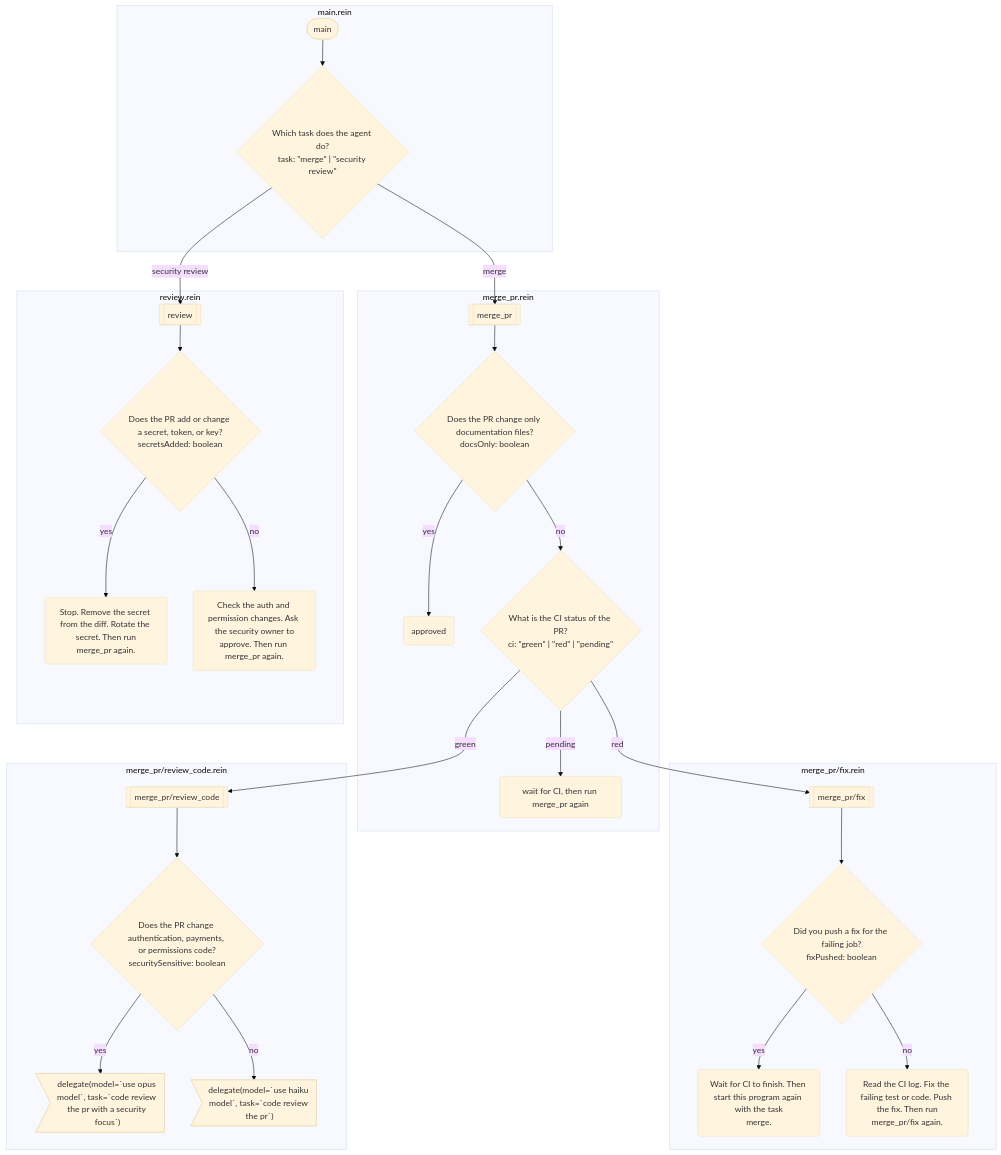
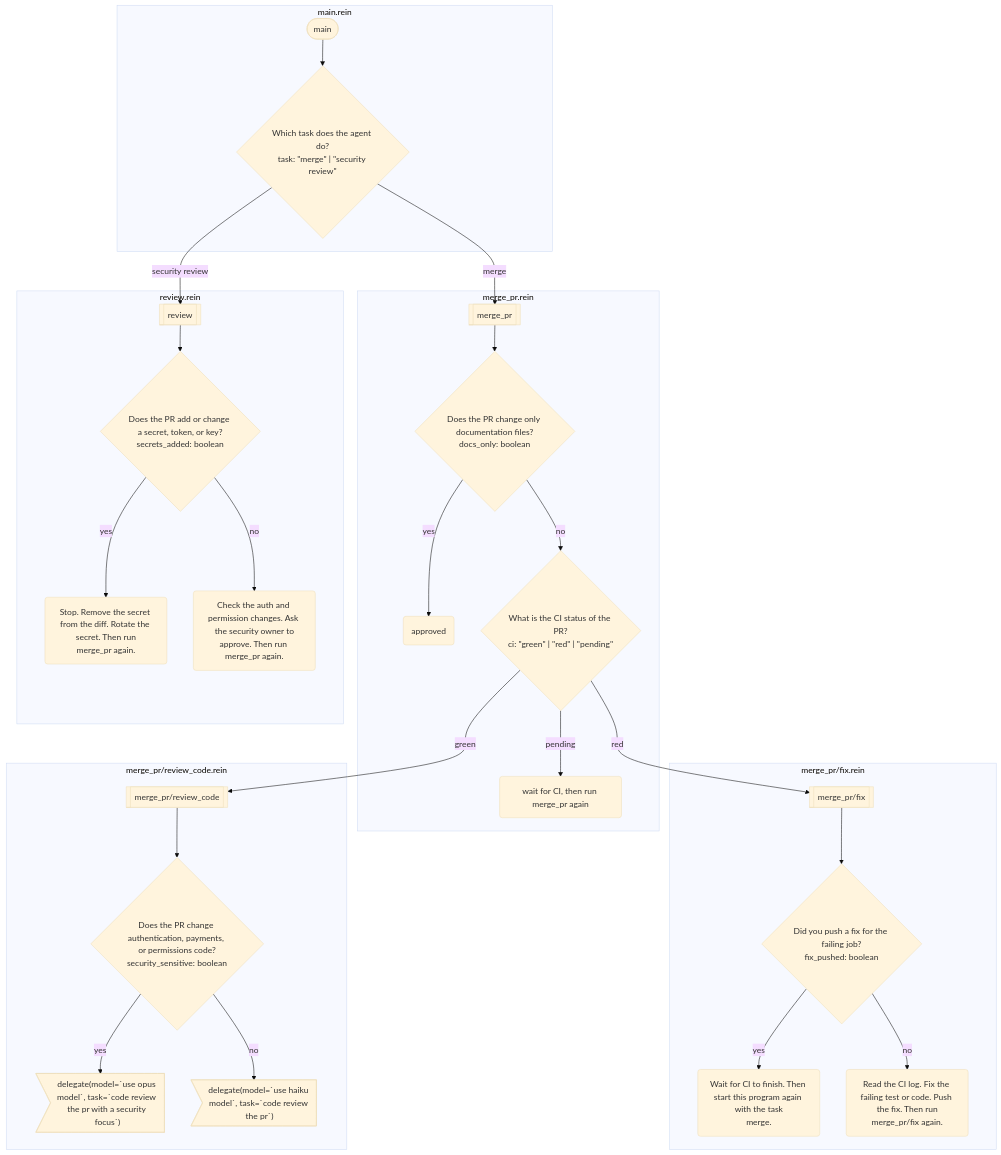
Before and after one commit to rein-lang/rein-lang.com: the diagram in docs/examples/merge-pr.md, drawn with Mermaid (base theme). The commit also changed 3 other files, not shown here.

````diff
--- a/docs/examples/merge-pr.md
+++ b/docs/examples/merge-pr.md
@@ -11,50 +11,50 @@
 ```mermaid
 flowchart TD
     subgraph s0 ["main.rein"]
         f0(["main"])
         f0_0{"Which task does the agent do?<br/>task: #quot;merge#quot; | #quot;security review#quot;"}
     end
     subgraph s1 ["merge_pr.rein"]
         f1[["merge_pr"]]
-        f1_0{"Does the PR change only documentation files?<br/>docsOnly: boolean"}
+        f1_0{"Does the PR change only documentation files?<br/>docs_only: boolean"}
         f1_1("approved")
         f1_2{"What is the CI status of the PR?<br/>ci: #quot;green#quot; | #quot;red#quot; | #quot;pending#quot;"}
         f1_3("wait for CI, then run merge_pr again")
     end
     subgraph s2 ["merge_pr/fix.rein"]
         f2[["merge_pr/fix"]]
-        f2_0{"Did you push a fix for the failing job?<br/>fixPushed: boolean"}
+        f2_0{"Did you push a fix for the failing job?<br/>fix_pushed: boolean"}
         f2_1("Wait for CI to finish. Then start this program again with the task<br/>merge.")
         f2_2("Read the CI log. Fix the failing test or code. Push the fix. Then run<br/>merge_pr/fix again.")
     end
     subgraph s3 ["merge_pr/review_code.rein"]
         f3[["merge_pr/review_code"]]
-        f3_0{"Does the PR change authentication, payments, or permissions code?<br/>securitySensitive: boolean"}
+        f3_0{"Does the PR change authentication, payments, or permissions code?<br/>security_sensitive: boolean"}
         f3_1>"delegate(model=#96;use opus model#96;, task=#96;code review the pr with a security focus#96;)"]
         f3_2>"delegate(model=#96;use haiku model#96;, task=#96;code review the pr#96;)"]
     end
     subgraph s4 ["review.rein"]
         f4[["review"]]
-        f4_0{"Does the PR add or change a secret, token, or key?<br/>secretsAdded: boolean"}
+        f4_0{"Does the PR add or change a secret, token, or key?<br/>secrets_added: boolean"}
         f4_1("Stop. Remove the secret from the diff. Rotate the secret. Then run<br/>merge_pr again.")
         f4_2("Check the auth and permission changes. Ask the security owner to<br/>approve. Then run merge_pr again.")
     end
     f0 --> f0_0
     f0_0 -->|"merge"| f1
     f0_0 -->|"security review"| f4
     f1 --> f1_0
     f1_0 -->|"yes"| f1_1
     f1_0 -->|"no"| f1_2
     f1_2 -->|"green"| f3
     f1_2 -->|"red"| f2
     f1_2 -->|"pending"| f1_3
     f2 --> f2_0
     f2_0 -->|"yes"| f2_1
     f2_0 -->|"no"| f2_2
     f3 --> f3_0
     f3_0 -->|"yes"| f3_1
     f3_0 -->|"no"| f3_2
     f4 --> f4_0
     f4_0 -->|"yes"| f4_1
     f4_0 -->|"no"| f4_2
 ```
````
